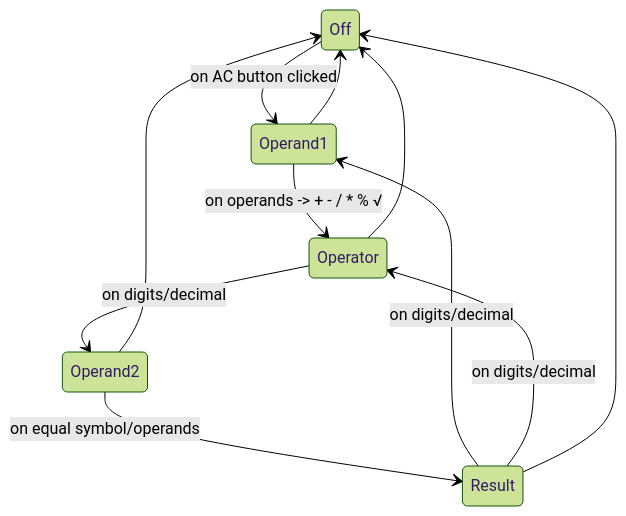
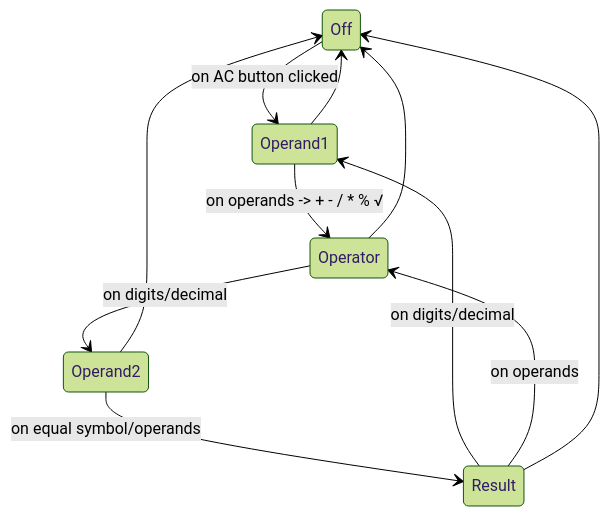
One commit to noushad-pp/react-retro-calculator changed the diagram in README.md. Above: the diagram before and after it, drawn with Mermaid (forest theme).

Commit message:
Improvements

````diff
--- a/README.md
+++ b/README.md
@@ -25,17 +25,17 @@
 ```mermaid
 stateDiagram-v2
     Off --> Operand1: on AC button clicked
 
     Operand1 --> Off
     Operand1 --> Operator: on operands -> + - / * % √
 
     Operator --> Off
     Operator --> Operand2: on digits/decimal
 
     Operand2 --> Off
     Operand2 --> Result: on equal symbol/operands
 
     Result --> Operand1: on digits/decimal
-    Result --> Operator: on digits/decimal
+    Result --> Operator: on operands
     Result --> Off
 ```
````
